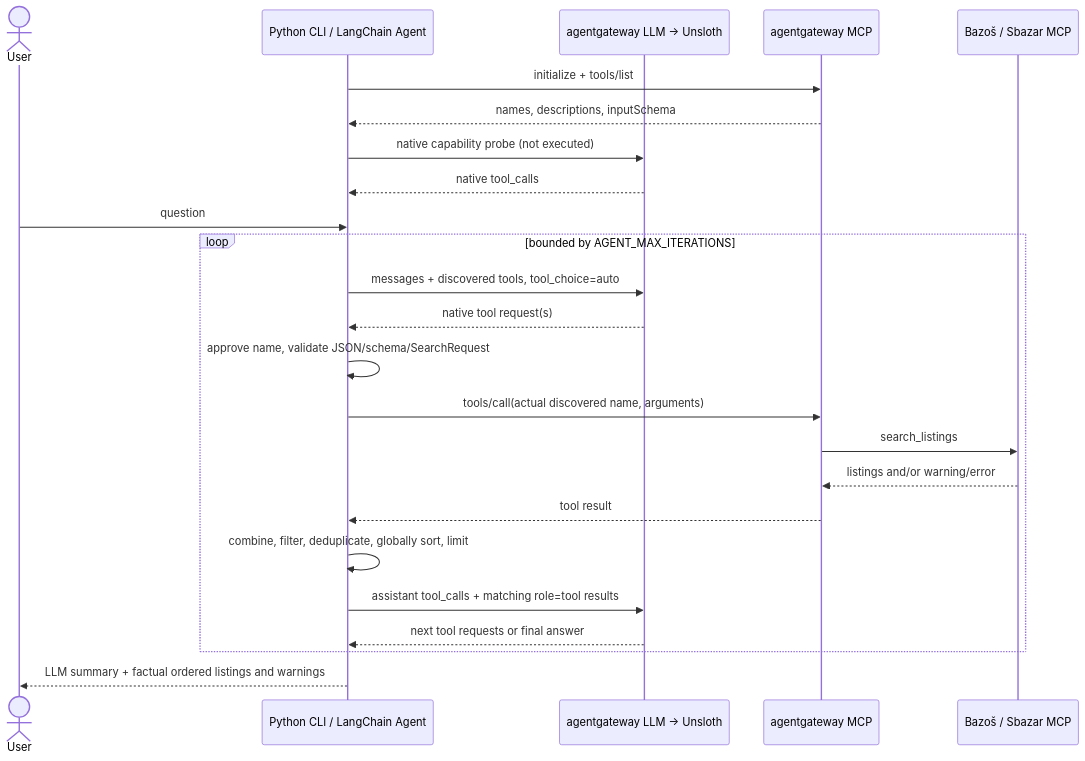
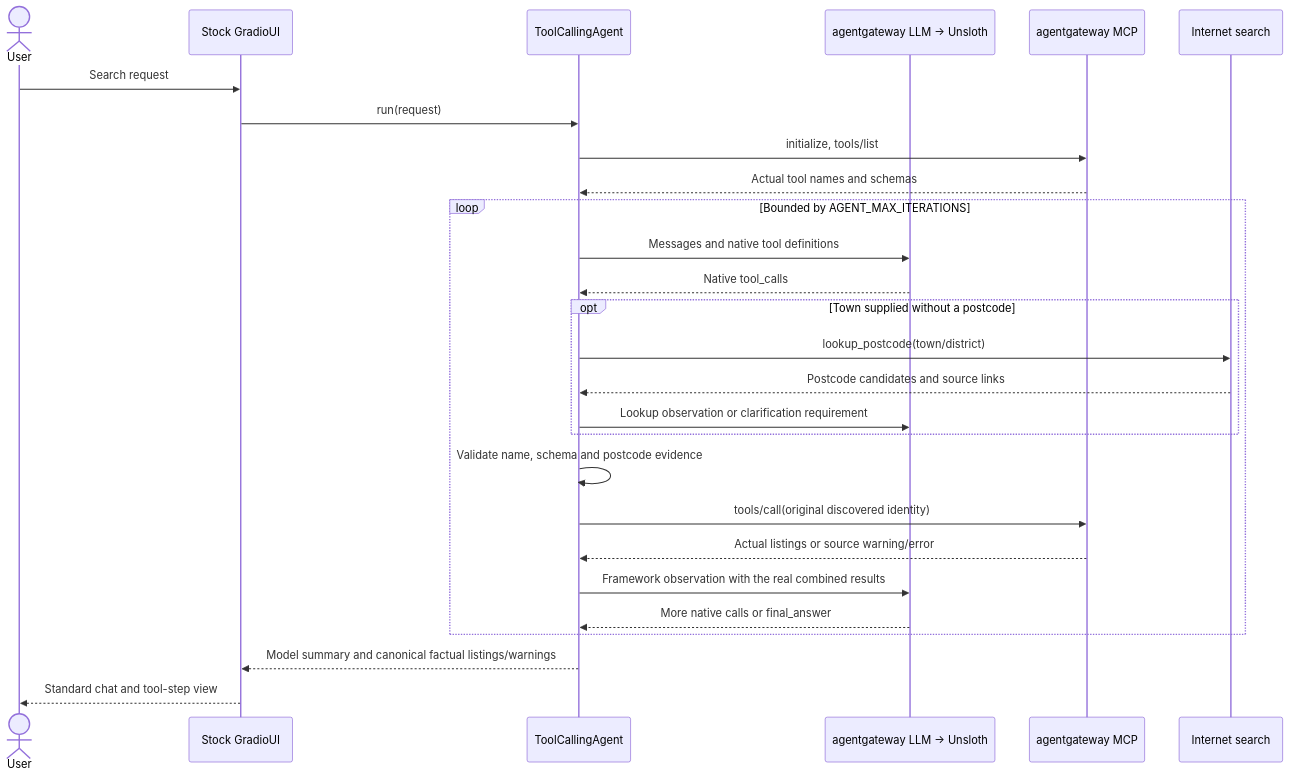
One commit to HajekMartin/agents-course-laba changed the diagram in 01/docs/agent.md. Above: the diagram before and after it, drawn with Mermaid. The commit also changed other lines of this file and 31 other files, not shown here.

````diff
--- a/01/docs/agent.md
+++ b/01/docs/agent.md
@@ -10,26 +13,29 @@
 ```mermaid
 sequenceDiagram
     actor User
-    participant Agent as Python CLI / LangChain Agent
+    participant UI as Stock GradioUI
+    participant Agent as ToolCallingAgent
     participant LLM as agentgateway LLM → Unsloth
     participant MCP as agentgateway MCP
-    participant Source as Bazoš / Sbazar MCP
-    Agent->>MCP: initialize + tools/list
-    MCP-->>Agent: names, descriptions, inputSchema
-    Agent->>LLM: native capability probe (not executed)
-    LLM-->>Agent: native tool_calls
-    User->>Agent: question
-    loop bounded by AGENT_MAX_ITERATIONS
-        Agent->>LLM: messages + discovered tools, tool_choice=auto
-        LLM-->>Agent: native tool request(s)
-        Agent->>Agent: approve name, validate JSON/schema/SearchRequest
-        Agent->>MCP: tools/call(actual discovered name, arguments)
-        MCP->>Source: search_listings
-        Source-->>MCP: listings and/or warning/error
-        MCP-->>Agent: tool result
-        Agent->>Agent: combine, filter, deduplicate, globally sort, limit
-        Agent->>LLM: assistant tool_calls + matching role=tool results
-        LLM-->>Agent: next tool requests or final answer
+    participant Web as Internet search
+    User->>UI: Search request
+    UI->>Agent: run(request)
+    Agent->>MCP: initialize, tools/list
+    MCP-->>Agent: Actual tool names and schemas
+    loop Bounded by AGENT_MAX_ITERATIONS
+        Agent->>LLM: Messages and native tool definitions
+        LLM-->>Agent: Native tool_calls
+        opt Town supplied without a postcode
+            Agent->>Web: lookup_postcode(town/district)
+            Web-->>Agent: Postcode candidates and source links
+            Agent->>LLM: Lookup observation or clarification requirement
+        end
+        Agent->>Agent: Validate name, schema and postcode evidence
+        Agent->>MCP: tools/call(original discovered identity)
+        MCP-->>Agent: Actual listings or source warning/error
+        Agent->>LLM: Framework observation with the real combined results
+        LLM-->>Agent: More native calls or final_answer
     end
-    Agent-->>User: LLM summary + factual ordered listings and warnings
+    Agent-->>UI: Model summary and canonical factual listings/warnings
+    UI-->>User: Standard chat and tool-step view
 ```
````
